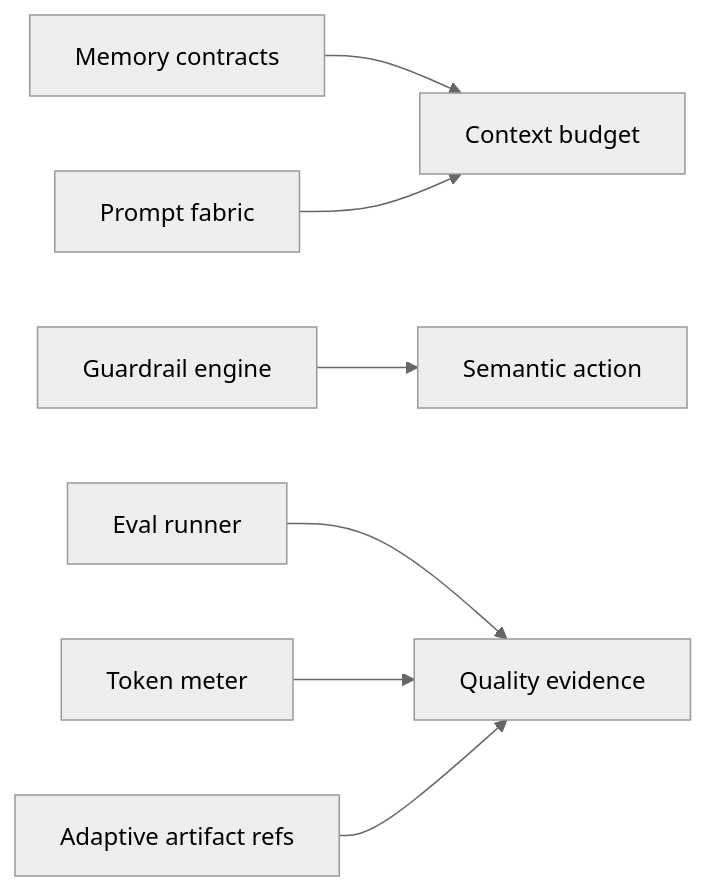
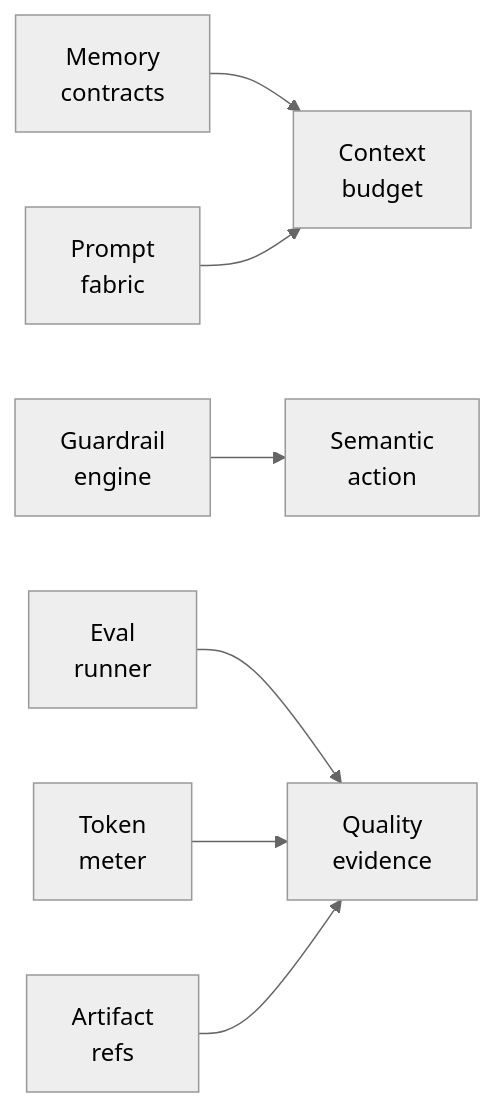
Before and after one commit to nshkrdotcom/outer_brain: the second of 2 diagrams in README.md, drawn with Mermaid (neutral theme). The commit also changed other lines of this file, not shown here.

Commit message:
docs: wrap README Mermaid labels

````diff
--- a/README.md
+++ b/README.md
@@ -123,9 +123,9 @@
 ```mermaid
 flowchart LR
-  Memory["Memory contracts"] --> ContextBudget["Context budget"]
-  Prompt["Prompt fabric"] --> ContextBudget
-  Guard["Guardrail engine"] --> Action["Semantic action"]
-  Eval["Eval runner"] --> Quality["Quality evidence"]
-  Token["Token meter"] --> Quality
-  Artifact["Adaptive artifact refs"] --> Quality
+  Memory["Memory<br/>contracts"] --> ContextBudget["Context<br/>budget"]
+  Prompt["Prompt<br/>fabric"] --> ContextBudget
+  Guard["Guardrail<br/>engine"] --> Action["Semantic<br/>action"]
+  Eval["Eval<br/>runner"] --> Quality["Quality<br/>evidence"]
+  Token["Token<br/>meter"] --> Quality
+  Artifact["Artifact<br/>refs"] --> Quality
 ```
````
